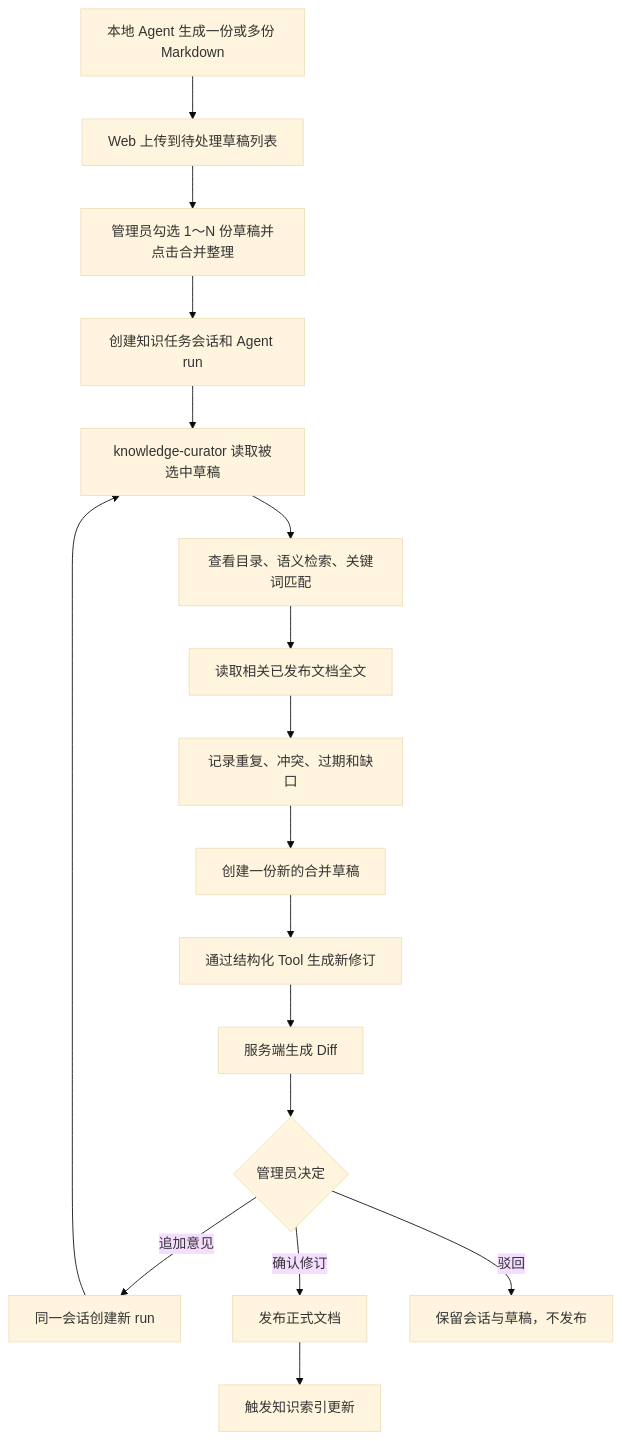
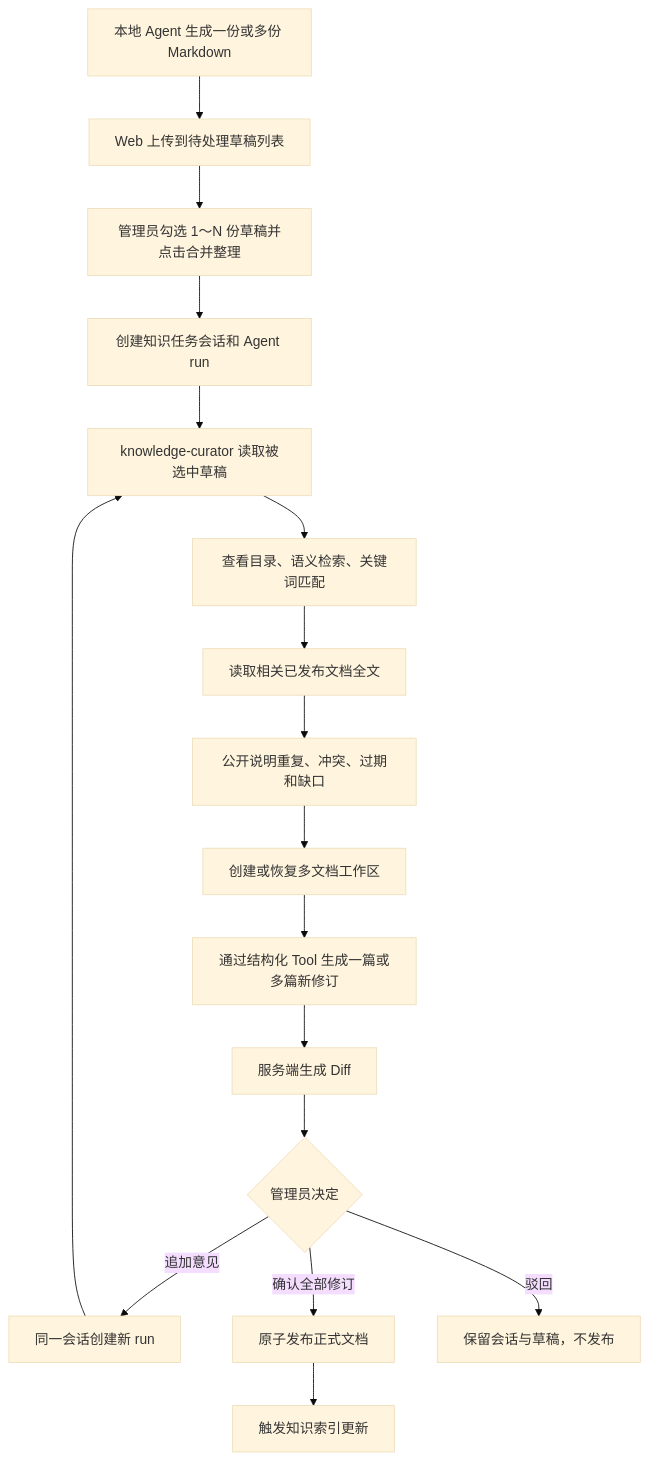
One commit to dztyykxx/LoreDock changed the first of 2 diagrams in docs/product/Markdown知识提交与冲突整理详细流程.md. Above: the diagram before and after it, drawn with Mermaid (base theme). The commit also changed other lines of this file and 56 other files, not shown here.

````diff
--- a/docs/product/Markdown知识提交与冲突整理详细流程.md
+++ b/docs/product/Markdown知识提交与冲突整理详细流程.md
@@ -24,19 +24,19 @@
 ```mermaid
 flowchart TD
     A["本地 Agent 生成一份或多份 Markdown"] --> B["Web 上传到待处理草稿列表"]
     B --> C["管理员勾选 1～N 份草稿并点击合并整理"]
     C --> D["创建知识任务会话和 Agent run"]
     D --> E["knowledge-curator 读取被选中草稿"]
     E --> F["查看目录、语义检索、关键词匹配"]
     F --> G["读取相关已发布文档全文"]
-    G --> H["记录重复、冲突、过期和缺口"]
-    H --> I["创建一份新的合并草稿"]
-    I --> J["通过结构化 Tool 生成新修订"]
+    G --> H["公开说明重复、冲突、过期和缺口"]
+    H --> I["创建或恢复多文档工作区"]
+    I --> J["通过结构化 Tool 生成一篇或多篇新修订"]
     J --> K["服务端生成 Diff"]
     K --> L{"管理员决定"}
     L -->|"追加意见"| M["同一会话创建新 run"]
     M --> E
-    L -->|"确认修订"| N["发布正式文档"]
+    L -->|"确认全部修订"| N["原子发布正式文档"]
     N --> O["触发知识索引更新"]
     L -->|"驳回"| P["保留会话与草稿，不发布"]
 ```
````
